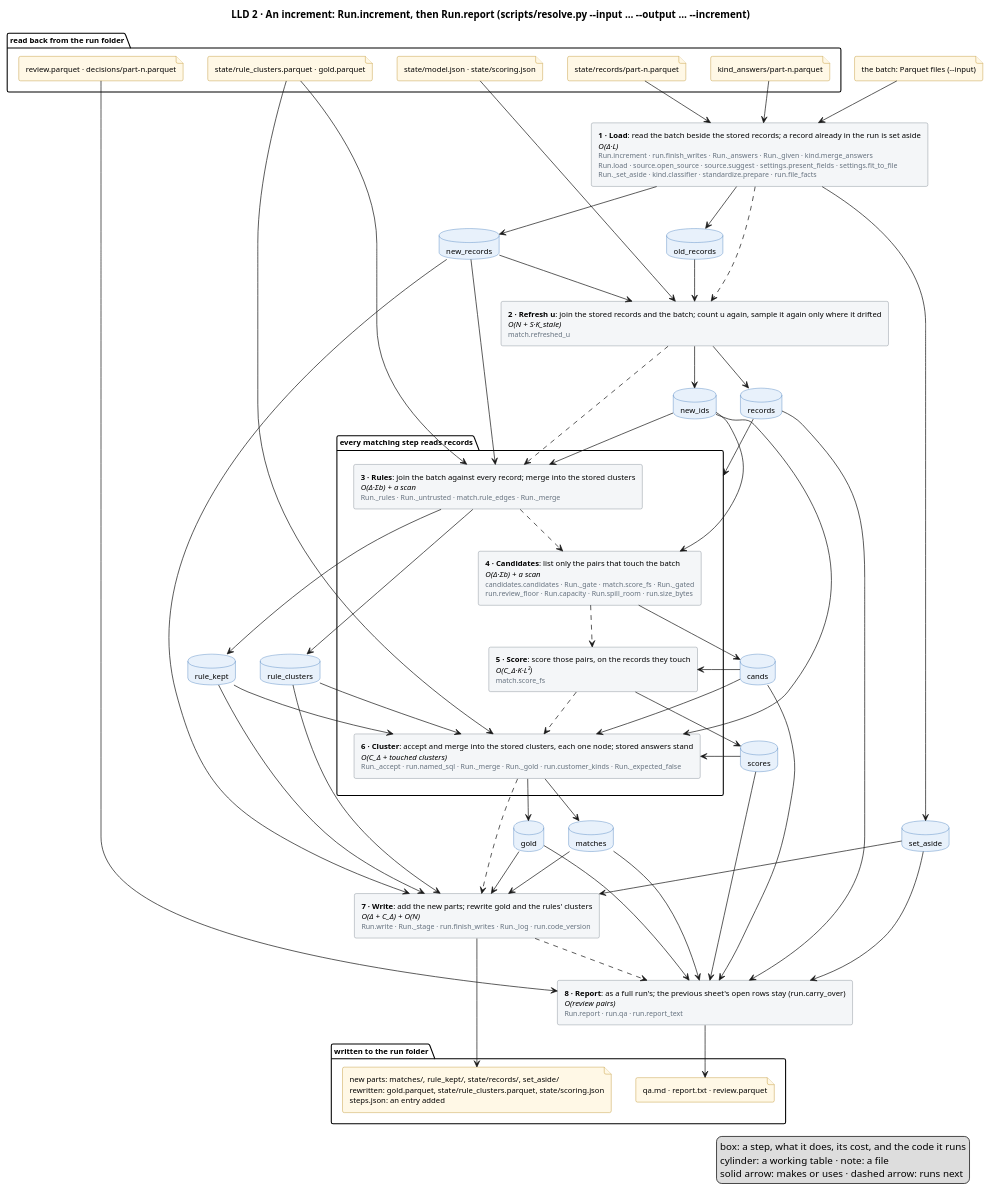
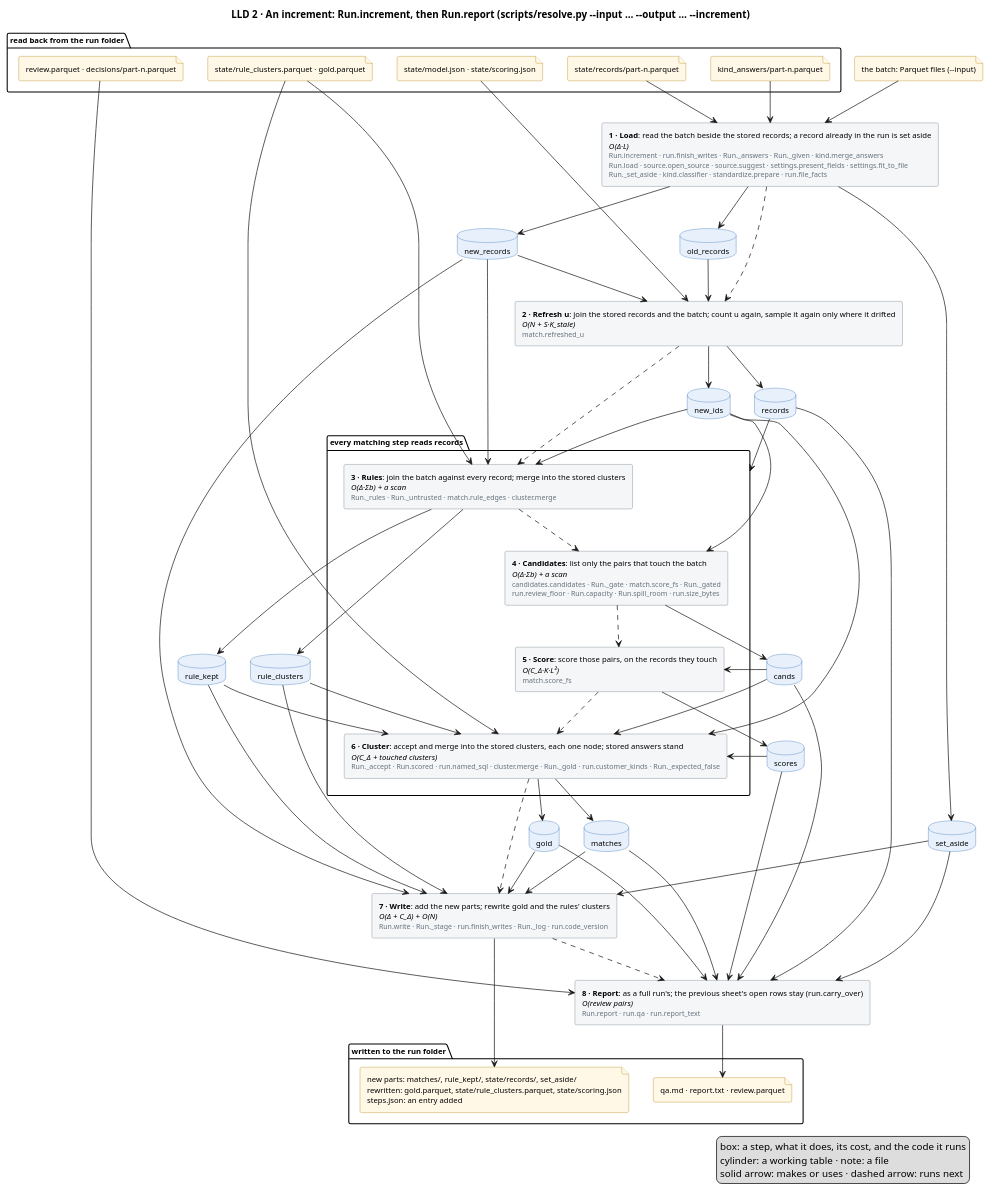
The diagram in docs/diagrams/increment.puml (mvsbm/entity_matching), drawn with PlantUML before and after one commit. The commit also changed 27 other files, not shown here.

First line of the commit message:
One engine: design time measures the run itself

```diff
--- a/docs/diagrams/increment.puml
+++ b/docs/diagrams/increment.puml
@@ -1,113 +1,113 @@
 @startuml increment
 title LLD 2 · An increment: Run.increment, then Run.report (scripts/resolve.py ~--input … ~--output … ~--increment)
 skinparam defaultFontSize 11
 skinparam rectangle {
   BackgroundColor #F4F6F8
   BorderColor #65717E
 }
 skinparam database {
   BackgroundColor #E8F1FB
   BorderColor #2C6DB3
 }
 skinparam file {
   BackgroundColor #FFF8E6
   BorderColor #B07D00
 }
 
 package "read back from the run folder" {
   file "state/model.json · state/scoring.json" as f_model
   file "state/records/part-n.parquet" as f_records
   file "state/rule_clusters.parquet · gold.parquet" as f_clusters
   file "kind_answers/part-n.parquet" as f_answers
   file "review.parquet · decisions/part-n.parquet" as f_sheet
 }
 file "the batch: Parquet files (~--input)" as f_batch
 
 
 rectangle "<b>1 · Load</b>: read the batch beside the stored records; a record already in the run is set aside\n<i>O(Δ·L)</i>\n<size:10><color:#65717E>Run.increment · run.finish_writes · Run._answers · Run._given · kind.merge_answers</color></size>\n<size:10><color:#65717E>Run.load · source.open_source · source.suggest · settings.present_fields · settings.fit_to_file</color></size>\n<size:10><color:#65717E>Run._set_aside · kind.classifier · standardize.prepare · run.file_facts</color></size>" as load
 rectangle "<b>2 · Refresh u</b>: join the stored records and the batch; count u again, sample it again only where it drifted\n<i>O(N + S·K_stale)</i>\n<size:10><color:#65717E>match.refreshed_u</color></size>" as fit
 package "every matching step reads records" as matching {
-  rectangle "<b>3 · Rules</b>: join the batch against every record; merge into the stored clusters\n<i>O(Δ·Σb) + a scan</i>\n<size:10><color:#65717E>Run._rules · Run._untrusted · match.rule_edges · Run._merge</color></size>" as rules
+  rectangle "<b>3 · Rules</b>: join the batch against every record; merge into the stored clusters\n<i>O(Δ·Σb) + a scan</i>\n<size:10><color:#65717E>Run._rules · Run._untrusted · match.rule_edges · cluster.merge</color></size>" as rules
   rectangle "<b>4 · Candidates</b>: list only the pairs that touch the batch\n<i>O(Δ·Σb) + a scan</i>\n<size:10><color:#65717E>candidates.candidates · Run._gate · match.score_fs · Run._gated</color></size>\n<size:10><color:#65717E>run.review_floor · Run.capacity · Run.spill_room · run.size_bytes</color></size>" as candidates
   rectangle "<b>5 · Score</b>: score those pairs, on the records they touch\n<i>O(C_Δ·K·L²)</i>\n<size:10><color:#65717E>match.score_fs</color></size>" as score
-  rectangle "<b>6 · Cluster</b>: accept and merge into the stored clusters, each one node; stored answers stand\n<i>O(C_Δ + touched clusters)</i>\n<size:10><color:#65717E>Run._accept · run.named_sql · Run._merge · Run._gold · run.customer_kinds · Run._expected_false</color></size>" as cluster
+  rectangle "<b>6 · Cluster</b>: accept and merge into the stored clusters, each one node; stored answers stand\n<i>O(C_Δ + touched clusters)</i>\n<size:10><color:#65717E>Run._accept · Run.scored · run.named_sql · cluster.merge · Run._gold · run.customer_kinds · Run._expected_false</color></size>" as cluster
 }
 rectangle "<b>7 · Write</b>: add the new parts; rewrite gold and the rules' clusters\n<i>O(Δ + C_Δ) + O(N)</i>\n<size:10><color:#65717E>Run.write · Run._stage · run.finish_writes · Run._log · run.code_version</color></size>" as write
 rectangle "<b>8 · Report</b>: as a full run's; the previous sheet's open rows stay (run.carry_over)\n<i>O(review pairs)</i>\n<size:10><color:#65717E>Run.report · run.qa · run.report_text</color></size>" as report
 database "old_records" as old_records
 database "new_records" as new_records
 database "set_aside" as set_aside
 database "records" as records
 database "new_ids" as new_ids
 database "rule_clusters" as rule_clusters
 database "rule_kept" as rule_kept
 database "cands" as cands
 database "scores" as scores
 database "matches" as matches
 database "gold" as gold
 
 package "written to the run folder" {
   file "new parts: matches/, rule_kept/, state/records/, set_aside/\nrewritten: gold.parquet, state/rule_clusters.parquet, state/scoring.json\nsteps.json: an entry added" as f_out
   file "qa.md · report.txt · review.parquet" as f_people
 }
 
 f_batch --> load
 f_records --> load
 f_answers --> load
 f_model --> fit
 f_clusters --> rules
 f_clusters --> cluster
 f_sheet --> report
 
 load ..> fit
 fit ..> rules
 rules ..> candidates
 candidates ..> score
 score ..> cluster
 cluster ..> write
 write ..> report
 
 load --> old_records
 load --> new_records
 load --> set_aside
 old_records --> fit
 new_records --> fit
 fit --> records
 fit --> new_ids
 records --> matching
 new_records --> rules
 new_ids --> rules
 rules --> rule_clusters
 rules --> rule_kept
 new_ids --> candidates
 candidates --> cands
 cands --> score
 score --> scores
 new_ids --> cluster
 rule_clusters --> cluster
 rule_kept --> cluster
 cands --> cluster
 scores --> cluster
 cluster --> matches
 cluster --> gold
 new_records --> write
 rule_clusters --> write
 rule_kept --> write
 matches --> write
 gold --> write
 set_aside --> write
 records --> report
 cands --> report
 scores --> report
 matches --> report
 gold --> report
 set_aside --> report
 
 write --> f_out
 report --> f_people
 legend right
   box: a step, what it does, its cost, and the code it runs
   cylinder: a working table · note: a file
   solid arrow: makes or uses · dashed arrow: runs next
 endlegend
 @enduml
```
